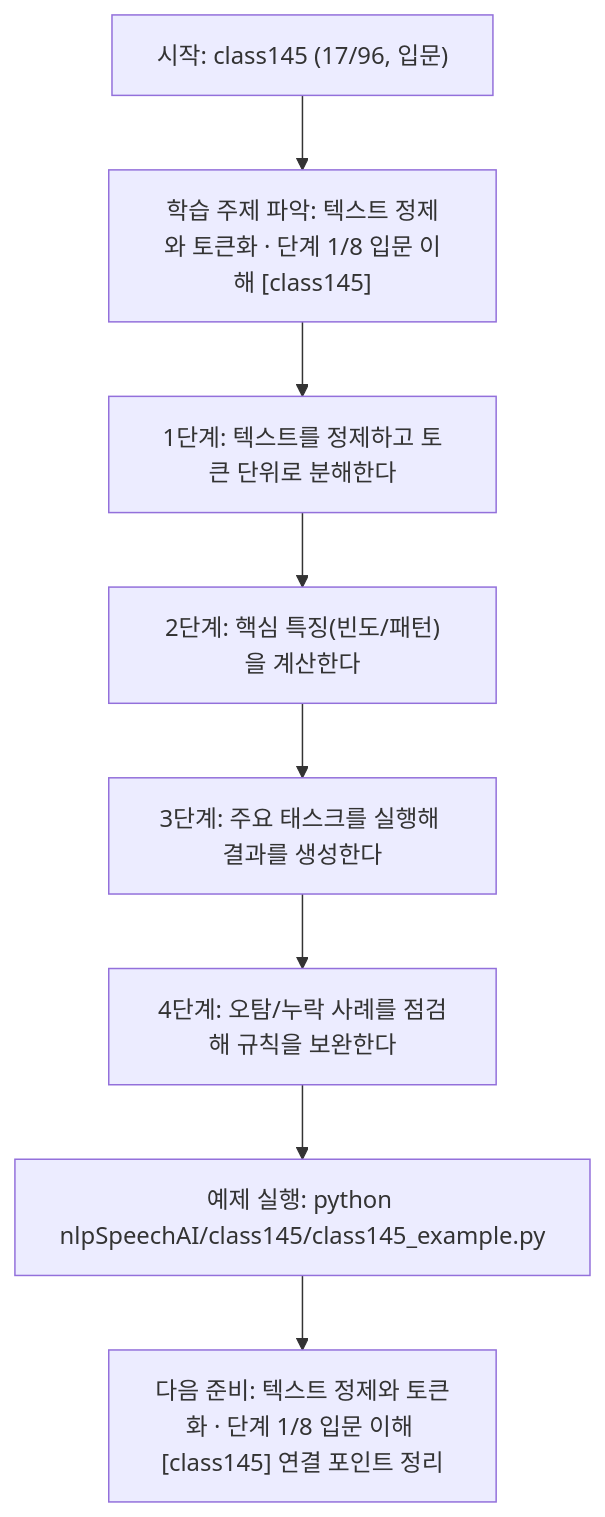
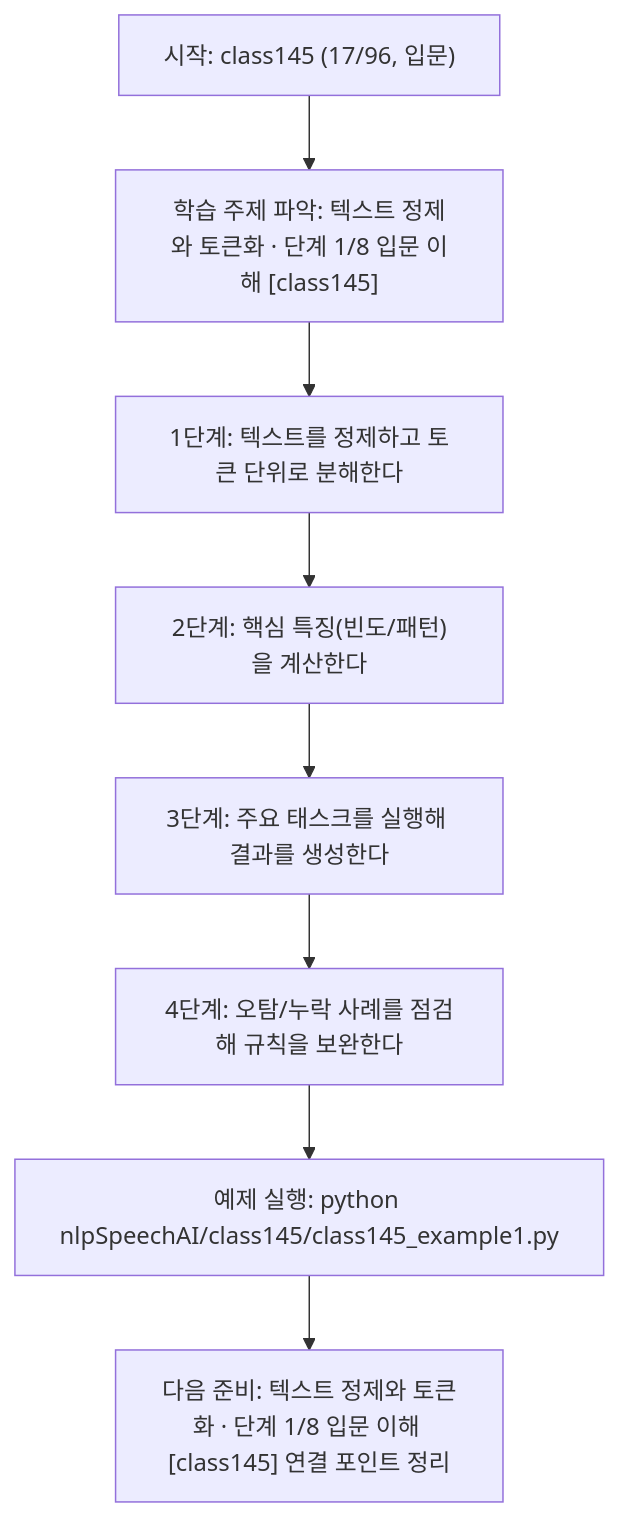
The diagram in nlpSpeechAI/class145/class145.md (edumgt/Python-AI_Agent-Class), drawn with Mermaid before and after one commit. The commit also changed other lines of this file and 2959 other files, not shown here.

````diff
--- a/nlpSpeechAI/class145/class145.md
+++ b/nlpSpeechAI/class145/class145.md
@@ -114,18 +114,18 @@
 ```mermaid
 flowchart TD
 N1["시작: class145 (17/96, 입문)"]
 N2["학습 주제 파악: 텍스트 정제와 토큰화 · 단계 1/8 입문 이해 [class145]"]
 N3["1단계: 텍스트를 정제하고 토큰 단위로 분해한다"]
 N4["2단계: 핵심 특징(빈도/패턴)을 계산한다"]
 N5["3단계: 주요 태스크를 실행해 결과를 생성한다"]
 N6["4단계: 오탐/누락 사례를 점검해 규칙을 보완한다"]
-N7["예제 실행: python nlpSpeechAI/class145/class145_example.py"]
+N7["예제 실행: python nlpSpeechAI/class145/class145_example1.py"]
 N8["다음 준비: 텍스트 정제와 토큰화 · 단계 1/8 입문 이해 [class145] 연결 포인트 정리"]
 N1 --> N2
 N2 --> N3
 N3 --> N4
 N4 --> N5
 N5 --> N6
 N6 --> N7
 N7 --> N8
 ```
````
